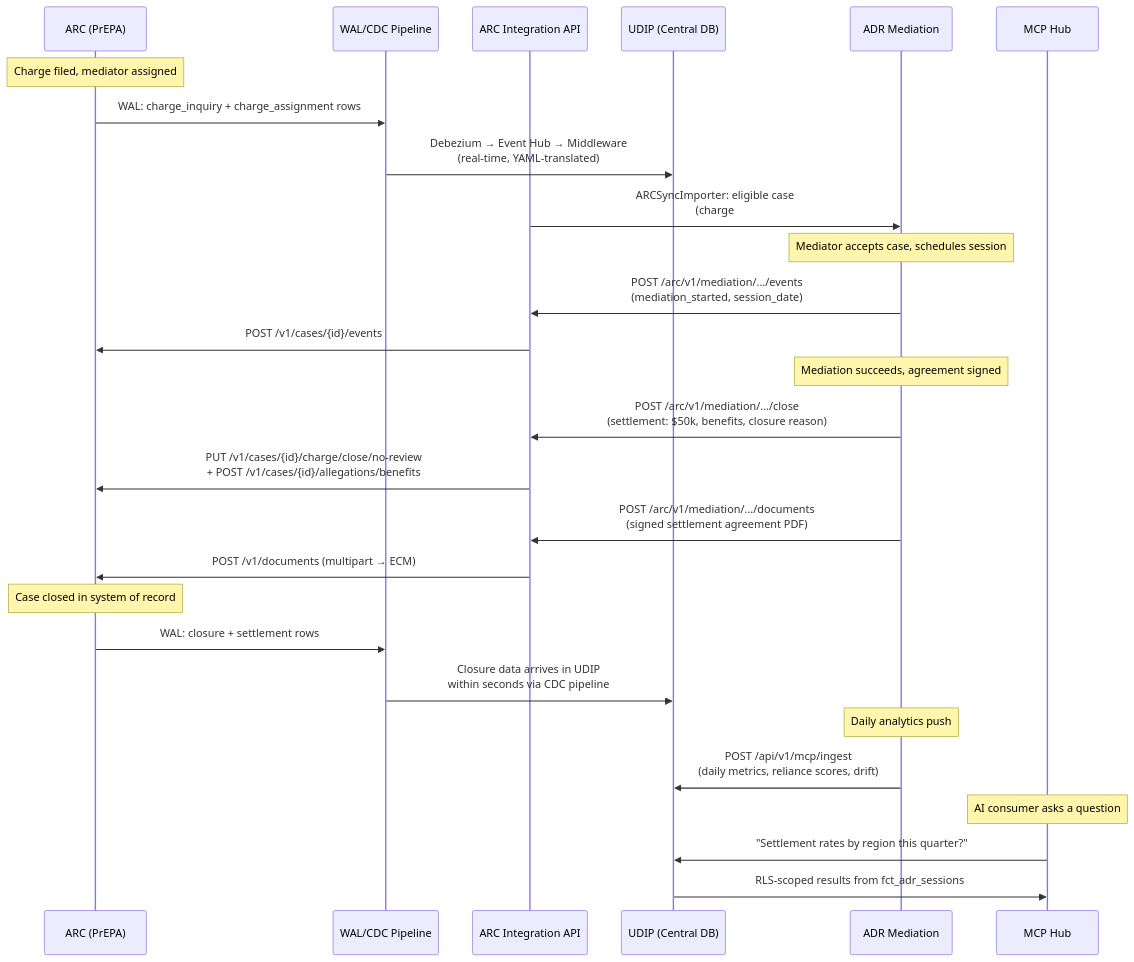
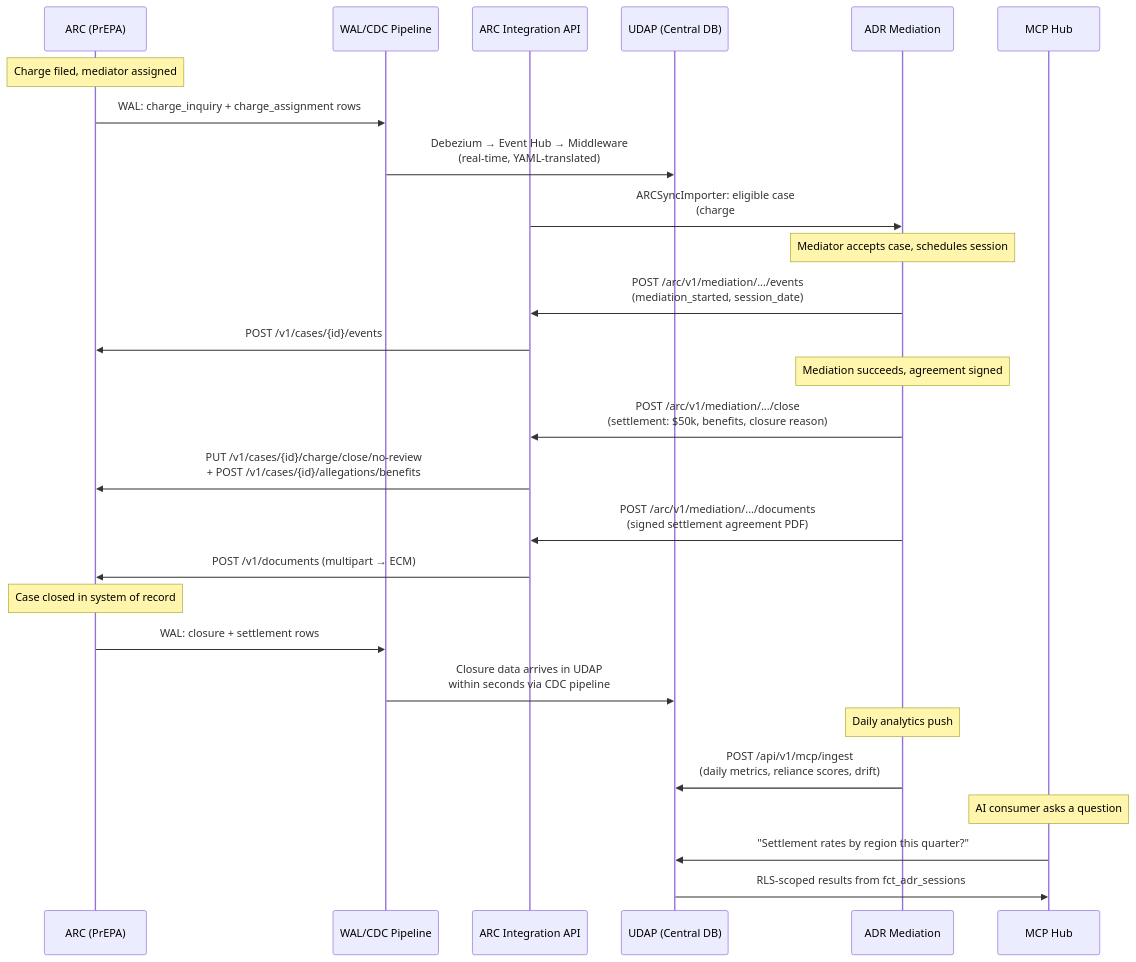
One commit to derekcentrico/eeoc-ai-platform-docs changed the third of 6 diagrams in OCIO_Leadership_Briefing.md. Above: the diagram before and after it, drawn with Mermaid. The commit also changed other lines of this file and 18 other files, not shown here.

Commit message:
Rename UDIP to UDAP (Unified Data Analytics Platform)

````diff
--- a/OCIO_Leadership_Briefing.md
+++ b/OCIO_Leadership_Briefing.md
@@ -147,35 +147,35 @@
 ```mermaid
 sequenceDiagram
     participant ARC as ARC (PrEPA)
     participant CDC as WAL/CDC Pipeline
     participant IntAPI as ARC Integration API
-    participant UDIP as UDIP (Central DB)
+    participant UDAP as UDAP (Central DB)
     participant ADR as ADR Mediation
     participant Hub as MCP Hub
 
     Note over ARC: Charge filed, mediator assigned
     ARC->>CDC: WAL: charge_inquiry + charge_assignment rows
-    CDC->>UDIP: Debezium → Event Hub → Middleware<br/>(real-time, YAML-translated)
+    CDC->>UDAP: Debezium → Event Hub → Middleware<br/>(real-time, YAML-translated)
     IntAPI->>ADR: ARCSyncImporter: eligible case<br/>(charge #, mediator, party emails, dates)
 
     Note over ADR: Mediator accepts case, schedules session
     ADR->>IntAPI: POST /arc/v1/mediation/.../events<br/>(mediation_started, session_date)
     IntAPI->>ARC: POST /v1/cases/{id}/events
 
     Note over ADR: Mediation succeeds, agreement signed
     ADR->>IntAPI: POST /arc/v1/mediation/.../close<br/>(settlement: $50k, benefits, closure reason)
     IntAPI->>ARC: PUT /v1/cases/{id}/charge/close/no-review<br/>+ POST /v1/cases/{id}/allegations/benefits
     ADR->>IntAPI: POST /arc/v1/mediation/.../documents<br/>(signed settlement agreement PDF)
     IntAPI->>ARC: POST /v1/documents (multipart → ECM)
 
     Note over ARC: Case closed in system of record
     ARC->>CDC: WAL: closure + settlement rows
-    CDC->>UDIP: Closure data arrives in UDIP<br/>within seconds via CDC pipeline
+    CDC->>UDAP: Closure data arrives in UDAP<br/>within seconds via CDC pipeline
 
     Note over ADR: Daily analytics push
-    ADR->>UDIP: POST /api/v1/mcp/ingest<br/>(daily metrics, reliance scores, drift)
+    ADR->>UDAP: POST /api/v1/mcp/ingest<br/>(daily metrics, reliance scores, drift)
 
     Note over Hub: AI consumer asks a question
-    Hub->>UDIP: "Settlement rates by region this quarter?"
-    UDIP->>Hub: RLS-scoped results from fct_adr_sessions
+    Hub->>UDAP: "Settlement rates by region this quarter?"
+    UDAP->>Hub: RLS-scoped results from fct_adr_sessions
 ```
````
